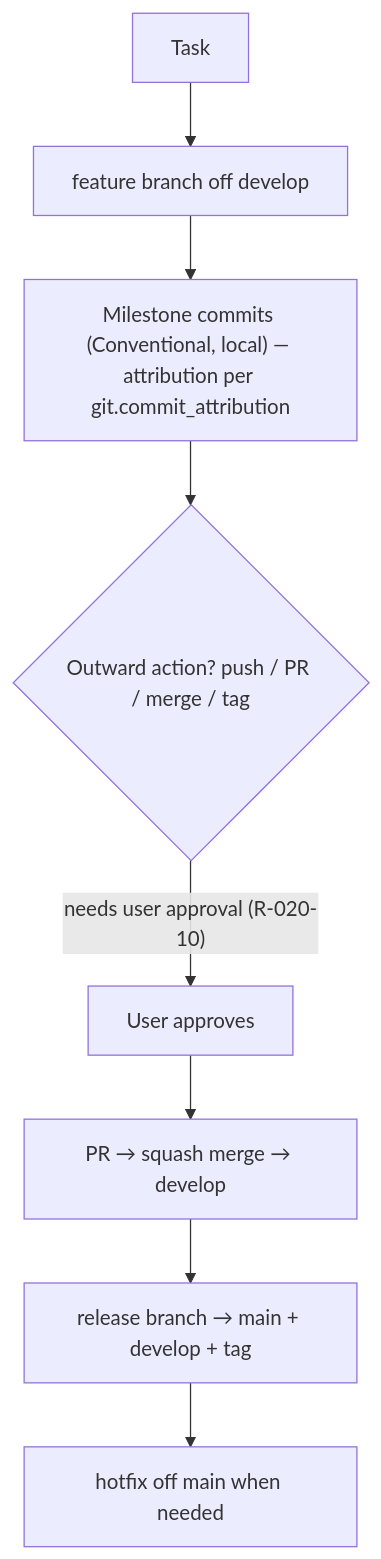
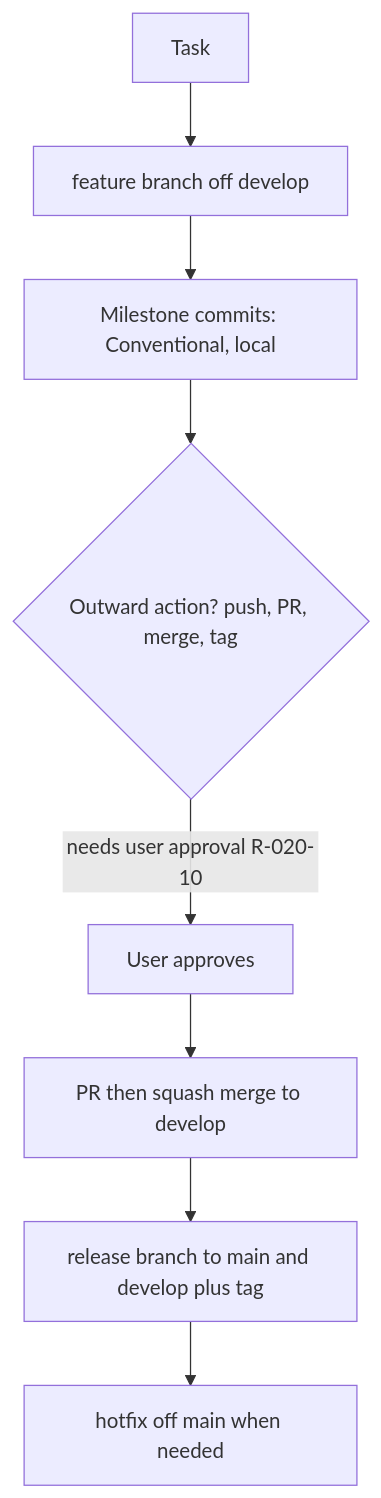
The tenth of 10 diagrams in .maestro/engine/docs/visual-flow.md (ryan-nguyen-01/agent-workspace), drawn with Mermaid before and after one commit. The commit also changed other lines of this file and 8 other files, not shown here.

First line of the commit message:
fix(diagrams): mermaid-safe syntax + single source; docs link to visual-flow

````diff
--- a/.maestro/engine/docs/visual-flow.md
+++ b/.maestro/engine/docs/visual-flow.md
@@ -158,10 +162,10 @@
 ```mermaid
 flowchart TD
   T["Task"] --> FB["feature branch off develop"]
-  FB --> CM["Milestone commits (Conventional, local) — attribution per git.commit_attribution"]
-  CM --> GATE{"Outward action? push / PR / merge / tag"}
-  GATE -->|"needs user approval (R-020-10)"| OK["User approves"]
-  OK --> PR["PR → squash merge → develop"]
-  PR --> REL["release branch → main + develop + tag"]
+  FB --> CM["Milestone commits: Conventional, local"]
+  CM --> GATE{"Outward action? push, PR, merge, tag"}
+  GATE -->|needs user approval R-020-10| OK["User approves"]
+  OK --> PR["PR then squash merge to develop"]
+  PR --> REL["release branch to main and develop plus tag"]
   REL --> HOT["hotfix off main when needed"]
 ```
````
